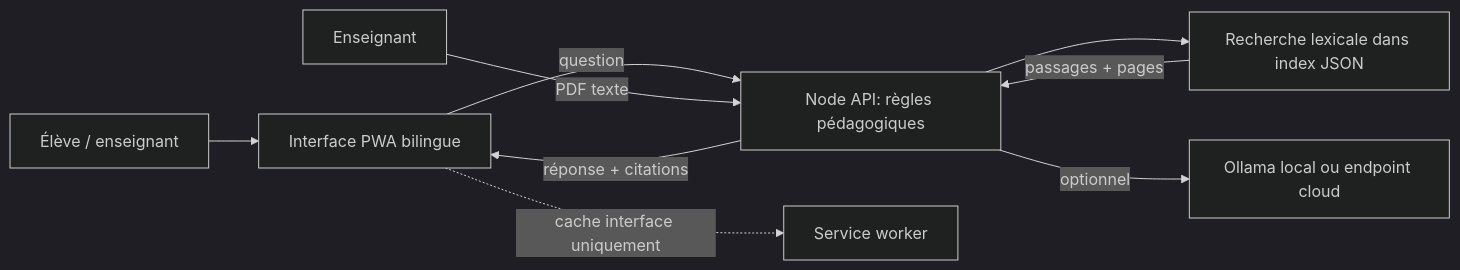
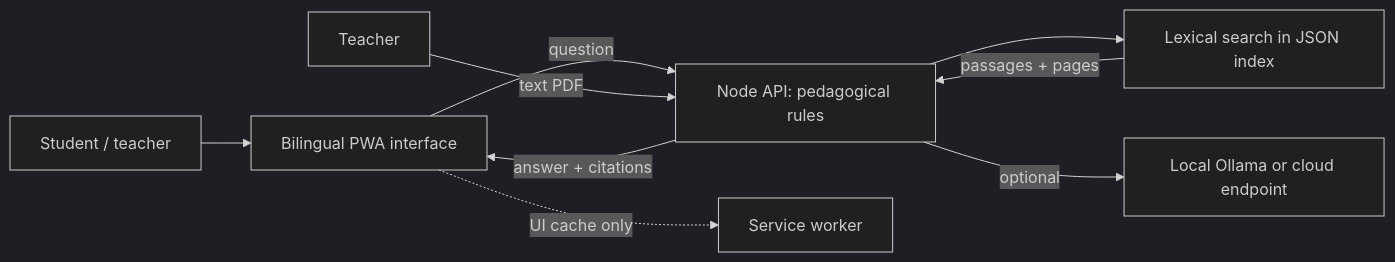
One commit to desirejob/AI-EDUCATION-RWANDA changed the diagram in README.md. Above: the diagram before and after it, drawn with Mermaid (dark theme). The commit also changed other lines of this file, not shown here.

````diff
--- a/README.md
+++ b/README.md
@@ -64,11 +64,11 @@
 ```mermaid
 flowchart LR
-  S[Élève / enseignant] --> PWA[Interface PWA bilingue]
-  PWA -->|question| API[Node API: règles pédagogiques]
-  API --> IDX[Recherche lexicale dans index JSON]
+  S[Student / teacher] --> PWA[Bilingual PWA interface]
+  PWA -->|question| API[Node API: pedagogical rules]
+  API --> IDX[Lexical search in JSON index]
   IDX -->|passages + pages| API
-  API -->|optionnel| LLM[Ollama local ou endpoint cloud]
-  API -->|réponse + citations| PWA
-  T[Enseignant] -->|PDF texte| API
-  PWA -. cache interface uniquement .-> SW[Service worker]
+  API -->|optional| LLM[Local Ollama or cloud endpoint]
+  API -->|answer + citations| PWA
+  T[Teacher] -->|text PDF| API
+  PWA -. UI cache only .-> SW[Service worker]
 ```
````
